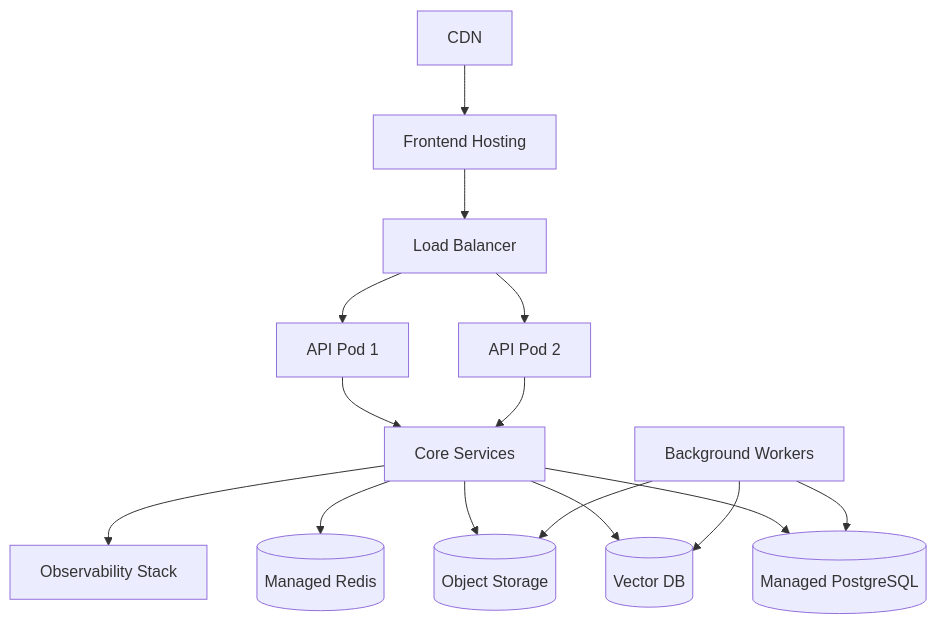
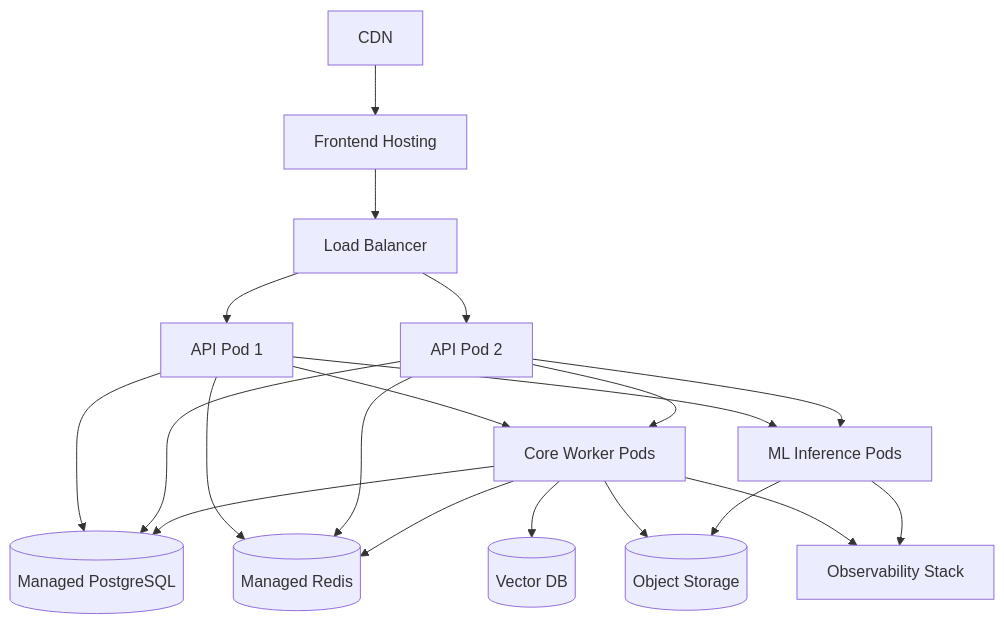
One commit to samujjwal/ghatana changed the fourth of 4 diagrams in products/aura/docs/Aura_C4_Architecture_Diagrams.md. Above: the diagram before and after it, drawn with Mermaid. The commit also changed other lines of this file and 60 other files, not shown here.

````diff
--- a/products/aura/docs/Aura_C4_Architecture_Diagrams.md
+++ b/products/aura/docs/Aura_C4_Architecture_Diagrams.md
@@ -99,17 +109,22 @@
 ```mermaid
 flowchart TB
   CDN[CDN] --> FE[Frontend Hosting]
   FE --> LB[Load Balancer]
   LB --> API1[API Pod 1]
   LB --> API2[API Pod 2]
-  API1 --> SVC[Core Services]
-  API2 --> SVC
-  SVC --> DB[(Managed PostgreSQL)]
-  SVC --> REDIS[(Managed Redis)]
-  SVC --> VEC[(Vector DB)]
-  SVC --> OBJ[(Object Storage)]
-  SVC --> OBS[Observability Stack]
-  WORK[Background Workers] --> DB
-  WORK --> OBJ
-  WORK --> VEC
+  API1 --> CORE[Core Worker Pods]
+  API2 --> CORE
+  API1 --> ML[ML Inference Pods]
+  API2 --> ML
+  API1 --> DB[(Managed PostgreSQL)]
+  API2 --> DB
+  API1 --> REDIS[(Managed Redis)]
+  API2 --> REDIS
+  CORE --> DB
+  CORE --> REDIS
+  CORE --> VEC[(Vector DB)]
+  CORE --> OBJ[(Object Storage)]
+  CORE --> OBS[Observability Stack]
+  ML --> OBJ
+  ML --> OBS
 ```
````
